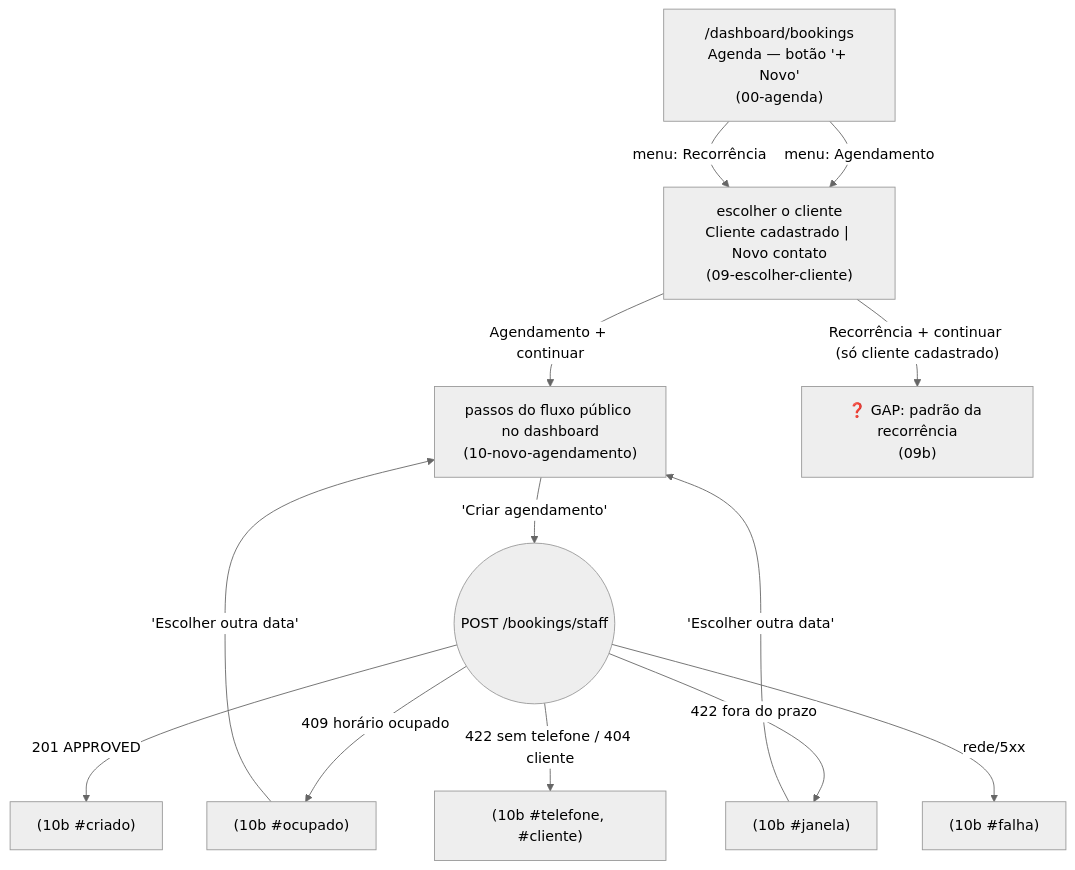
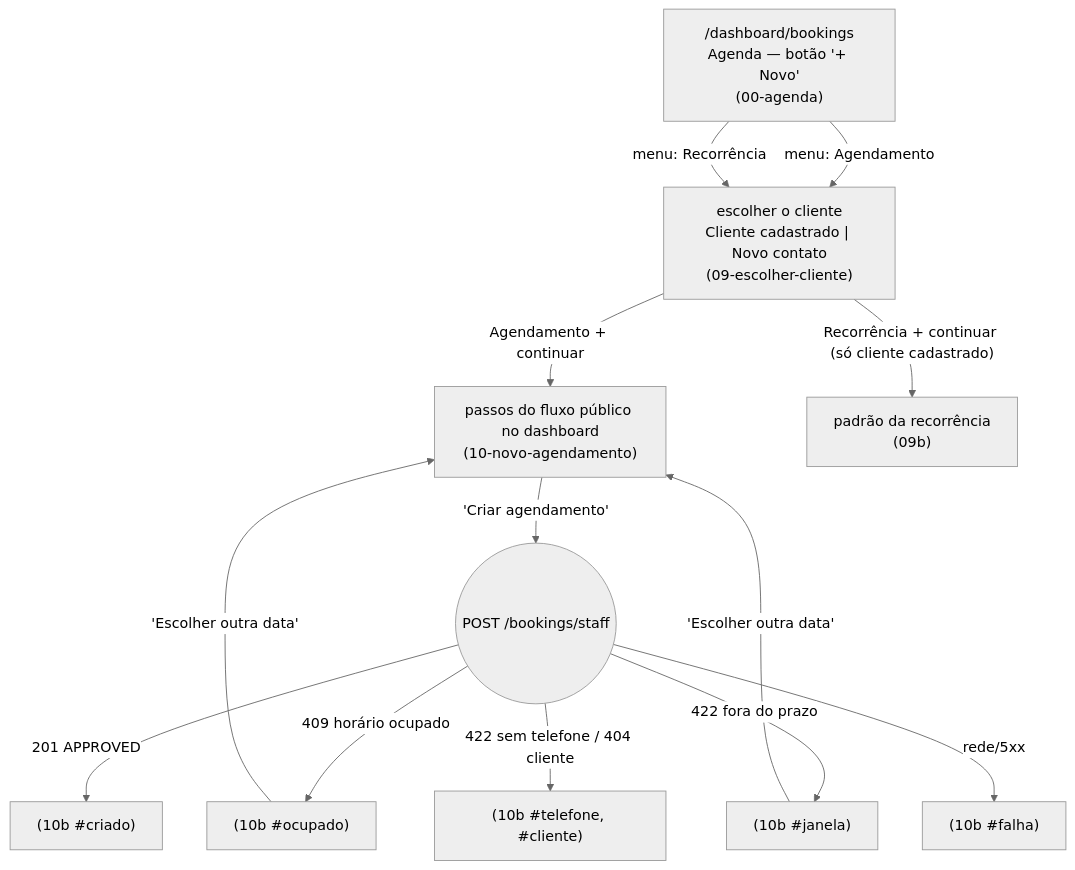
Before and after one commit to lmmoreira/ikaro: the fourth of 6 diagrams in plan/journey/staff/agenda.md, drawn with Mermaid (neutral theme). The commit also changed other lines of this file and 69 other files, not shown here.

````diff
--- a/plan/journey/staff/agenda.md
+++ b/plan/journey/staff/agenda.md
@@ -236,17 +234,17 @@
 ```mermaid
 flowchart TD
     classDef gap stroke:#f00,stroke-dasharray: 5 5,fill:#fee
 
     Agenda["/dashboard/bookings<br/>Agenda — botão '+ Novo'<br/>(00-agenda)"] -->|"menu: Agendamento"| Quem["escolher o cliente<br/>Cliente cadastrado | Novo contato<br/>(09-escolher-cliente)"]
     Agenda -->|"menu: Recorrência"| Quem
     Quem -->|"Agendamento + continuar"| Passos["passos do fluxo público no dashboard<br/>(10-novo-agendamento)"]
-    Quem -->|"Recorrência + continuar (só cliente cadastrado)"| Padrao["❓ GAP: padrão da recorrência<br/>(09b)"]
+    Quem -->|"Recorrência + continuar (só cliente cadastrado)"| Padrao["padrão da recorrência<br/>(09b)"]
     Passos -->|"'Criar agendamento'"| Envio(("POST /bookings/staff"))
     Envio -->|"201 APPROVED"| Ok["(10b #criado)"]
     Envio -->|"409 horário ocupado"| Oc["(10b #ocupado)"]
     Envio -->|"422 fora do prazo"| Jan["(10b #janela)"]
     Envio -->|"422 sem telefone / 404 cliente"| Cli["(10b #telefone, #cliente)"]
     Envio -->|"rede/5xx"| Fal["(10b #falha)"]
     Oc -->|"'Escolher outra data'"| Passos
     Jan -->|"'Escolher outra data'"| Passos
 ```
````
